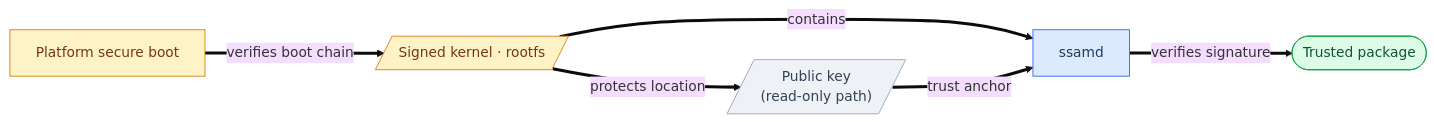
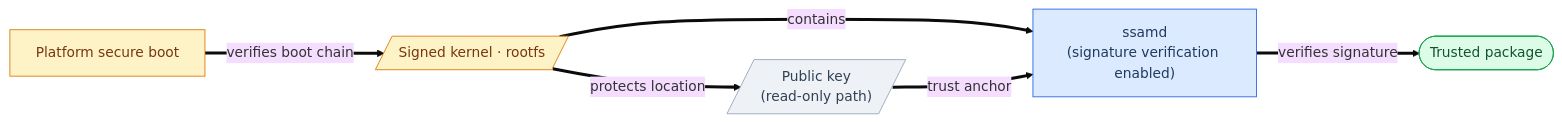
One commit to mobis-oss/ssam changed the diagram in docs/guides/package-integrity.md. Above: the diagram before and after it, drawn with Mermaid (base theme). The commit also changed other lines of this file and 46 other files, not shown here.

````diff
--- a/docs/guides/package-integrity.md
+++ b/docs/guides/package-integrity.md
@@ -79,23 +86,23 @@
 ```mermaid
 flowchart LR
   SB["Platform secure boot"]
   BOOT[/"Signed kernel · rootfs"/]
   PK[/"Public key<br/>(read-only path)"/]
-  D["ssamd"]
+  D["ssamd<br/>(signature verification enabled)"]
   PKG(["Trusted package"])
 
   SB ==>|"verifies boot chain"| BOOT
   BOOT ==>|"protects location"| PK
   BOOT ==>|"contains"| D
   PK ==>|"trust anchor"| D
   D ==>|"verifies signature"| PKG
 
   classDef actor  fill:#dbeafe,stroke:#2563eb,color:#1e3a5f;
   classDef data   fill:#eef1f5,stroke:#94a3b8,color:#334155;
   classDef ext    fill:#fef3c7,stroke:#d97706,color:#78350f;
   classDef result fill:#dcfce7,stroke:#16a34a,color:#14532d;
   class SB,BOOT ext;
   class PK data;
   class D actor;
   class PKG result;
 ```
````
